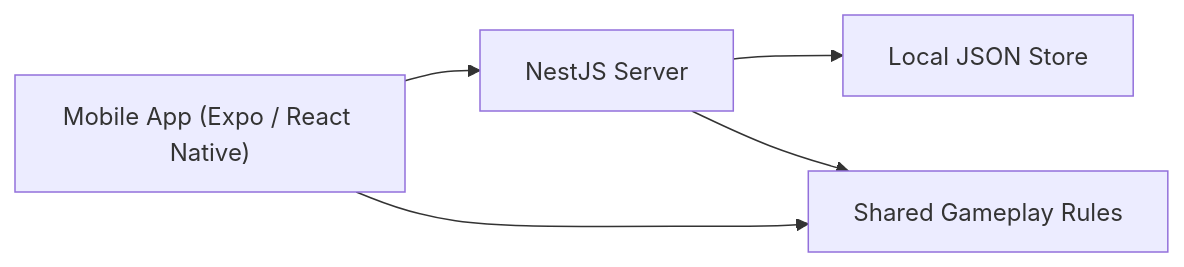
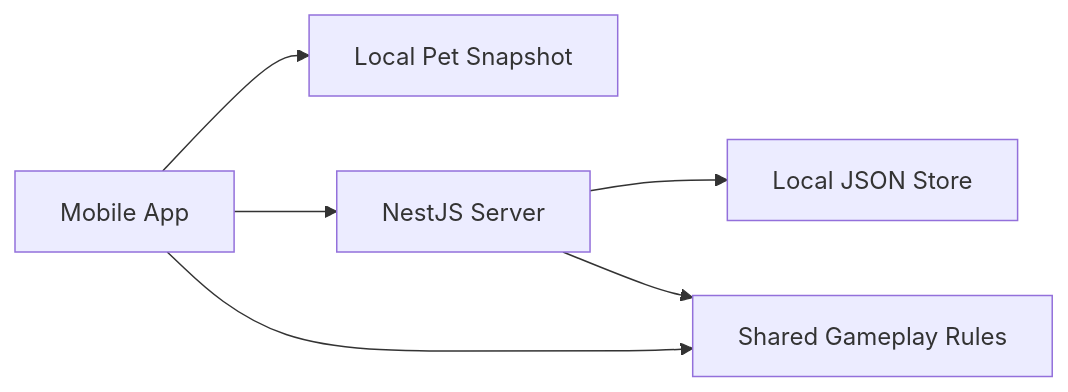
Before and after one commit to sjs701701/PixelPet: the diagram in README.md, drawn with Mermaid. The commit also changed other lines of this file and 24 other files, not shown here.

Commit message:
Add offline pet sync flow and refresh README

````diff
--- a/README.md
+++ b/README.md
@@ -60,7 +91,8 @@
 ```mermaid
 flowchart LR
-    A["Mobile App (Expo / React Native)"] --> B["NestJS Server"]
-    B --> C["Local JSON Store"]
-    A --> D["Shared Gameplay Rules"]
-    B --> D
+    A["Mobile App"] --> B["Local Pet Snapshot"]
+    A --> C["NestJS Server"]
+    C --> D["Local JSON Store"]
+    A --> E["Shared Gameplay Rules"]
+    C --> E
 ```
````
